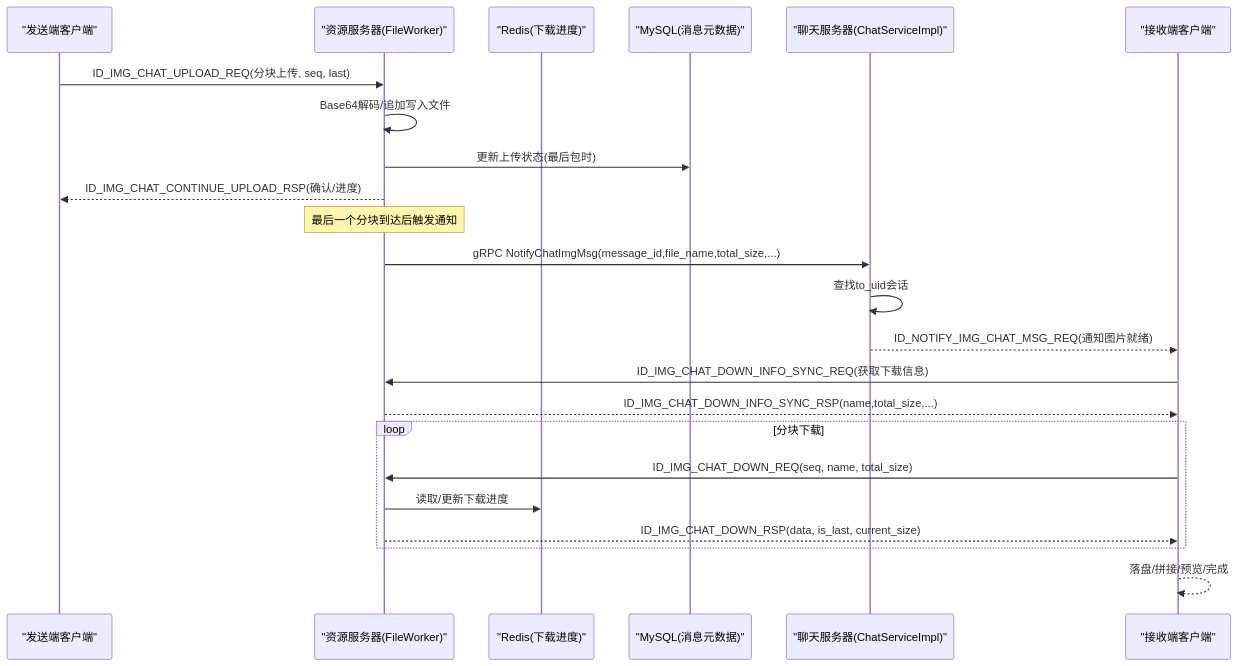
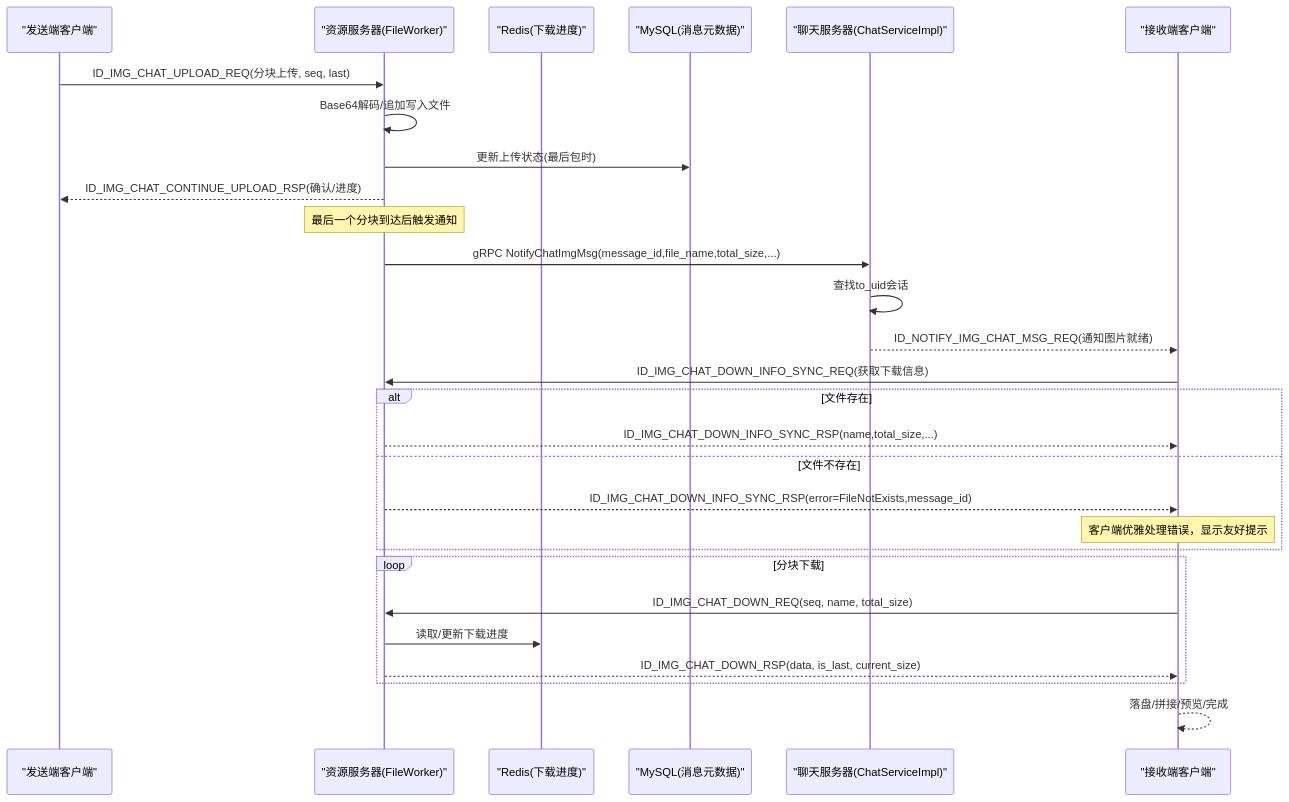
One commit to echo9923/mychatter changed the second of 5 diagrams in .qoder/repowiki/zh/content/架构设计/数据流设计/聊天消息数据流/图片消息传输流程.md. Above: the diagram before and after it, drawn with Mermaid. The commit also changed other lines of this file and 54 other files, not shown here.

````diff
--- a/.qoder/repowiki/zh/content/架构设计/数据流设计/聊天消息数据流/图片消息传输流程.md
+++ b/.qoder/repowiki/zh/content/架构设计/数据流设计/聊天消息数据流/图片消息传输流程.md
@@ -121,25 +133,30 @@
 ```mermaid
 sequenceDiagram
 participant Sender as "发送端客户端"
 participant ResSrv as "资源服务器(FileWorker)"
 participant Cache as "Redis(下载进度)"
 participant DB as "MySQL(消息元数据)"
 participant ChatSrv as "聊天服务器(ChatServiceImpl)"
 participant Recv as "接收端客户端"
 Sender->>ResSrv : ID_IMG_CHAT_UPLOAD_REQ(分块上传, seq, last)
 ResSrv->>ResSrv : Base64解码/追加写入文件
 ResSrv->>DB : 更新上传状态(最后包时)
 ResSrv-->>Sender : ID_IMG_CHAT_CONTINUE_UPLOAD_RSP(确认/进度)
 Note over ResSrv : 最后一个分块到达后触发通知
 ResSrv->>ChatSrv : gRPC NotifyChatImgMsg(message_id,file_name,total_size,...)
 ChatSrv->>ChatSrv : 查找to_uid会话
 ChatSrv-->>Recv : ID_NOTIFY_IMG_CHAT_MSG_REQ(通知图片就绪)
 Recv->>ResSrv : ID_IMG_CHAT_DOWN_INFO_SYNC_REQ(获取下载信息)
+alt 文件存在
 ResSrv-->>Recv : ID_IMG_CHAT_DOWN_INFO_SYNC_RSP(name,total_size,...)
+else 文件不存在
+ResSrv-->>Recv : ID_IMG_CHAT_DOWN_INFO_SYNC_RSP(error=FileNotExists,message_id)
+Note over Recv : 客户端优雅处理错误，显示友好提示
+end
 loop 分块下载
 Recv->>ResSrv : ID_IMG_CHAT_DOWN_REQ(seq, name, total_size)
 ResSrv->>Cache : 读取/更新下载进度
 ResSrv-->>Recv : ID_IMG_CHAT_DOWN_RSP(data, is_last, current_size)
 end
 Recv-->>Recv : 落盘/拼接/预览/完成
 ```
````
